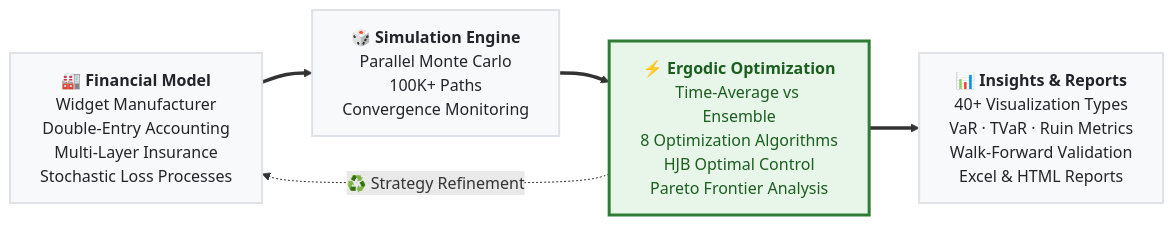
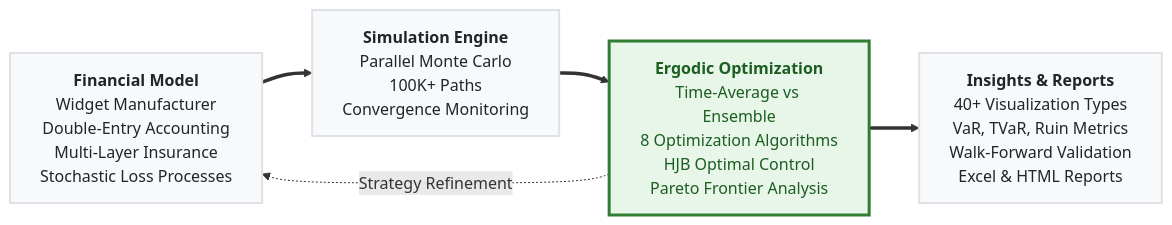
One commit to AlexFiliakov/Ergodic-Insurance-Limits changed the diagram in README.md. Above: the diagram before and after it, drawn with Mermaid. The commit also changed other lines of this file and 2 other files, not shown here.

````diff
--- a/README.md
+++ b/README.md
@@ -35,18 +43,18 @@
 ```mermaid
 flowchart LR
-    MODEL["<b>🏭 Financial Model</b><br/>Widget Manufacturer<br/>Double-Entry Accounting<br/>Multi-Layer Insurance<br/>Stochastic Loss Processes"]
+    MODEL["<b>Financial Model</b><br/>Widget Manufacturer<br/>Double-Entry Accounting<br/>Multi-Layer Insurance<br/>Stochastic Loss Processes"]
 
-    SIM["<b>🎲 Simulation Engine</b><br/>Parallel Monte Carlo<br/>100K+ Paths<br/>Convergence Monitoring"]
+    SIM["<b>Simulation Engine</b><br/>Parallel Monte Carlo<br/>100K+ Paths<br/>Convergence Monitoring"]
 
-    ERGODIC["<b>⚡ Ergodic Optimization</b><br/>Time-Average vs Ensemble<br/>8 Optimization Algorithms<br/>HJB Optimal Control<br/>Pareto Frontier Analysis"]
+    ERGODIC["<b>Ergodic Optimization</b><br/>Time-Average vs Ensemble<br/>8 Optimization Algorithms<br/>HJB Optimal Control<br/>Pareto Frontier Analysis"]
 
-    OUTPUT["<b>📊 Insights & Reports</b><br/>40+ Visualization Types<br/>VaR · TVaR · Ruin Metrics<br/>Walk-Forward Validation<br/>Excel & HTML Reports"]
+    OUTPUT["<b>Insights & Reports</b><br/>40+ Visualization Types<br/>VaR, TVaR, Ruin Metrics<br/>Walk-Forward Validation<br/>Excel & HTML Reports"]
 
     MODEL ==> SIM ==> ERGODIC ==> OUTPUT
-    ERGODIC -.->|"♻️ Strategy Refinement"| MODEL
+    ERGODIC -.->|"Strategy Refinement"| MODEL
 
     classDef default fill:#f8f9fa,stroke:#dee2e6,stroke-width:2px,color:#212529
     classDef hero fill:#e8f5e9,stroke:#2e7d32,stroke-width:3px,color:#1b5e20
 
     class ERGODIC hero
 ```
````
